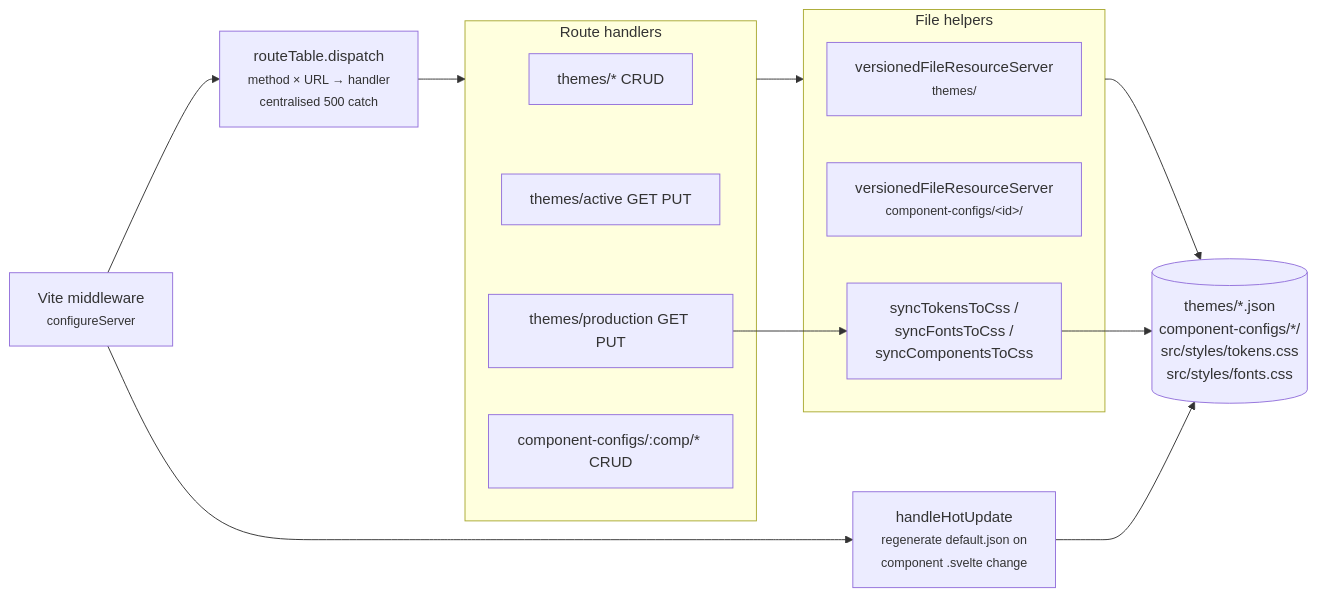
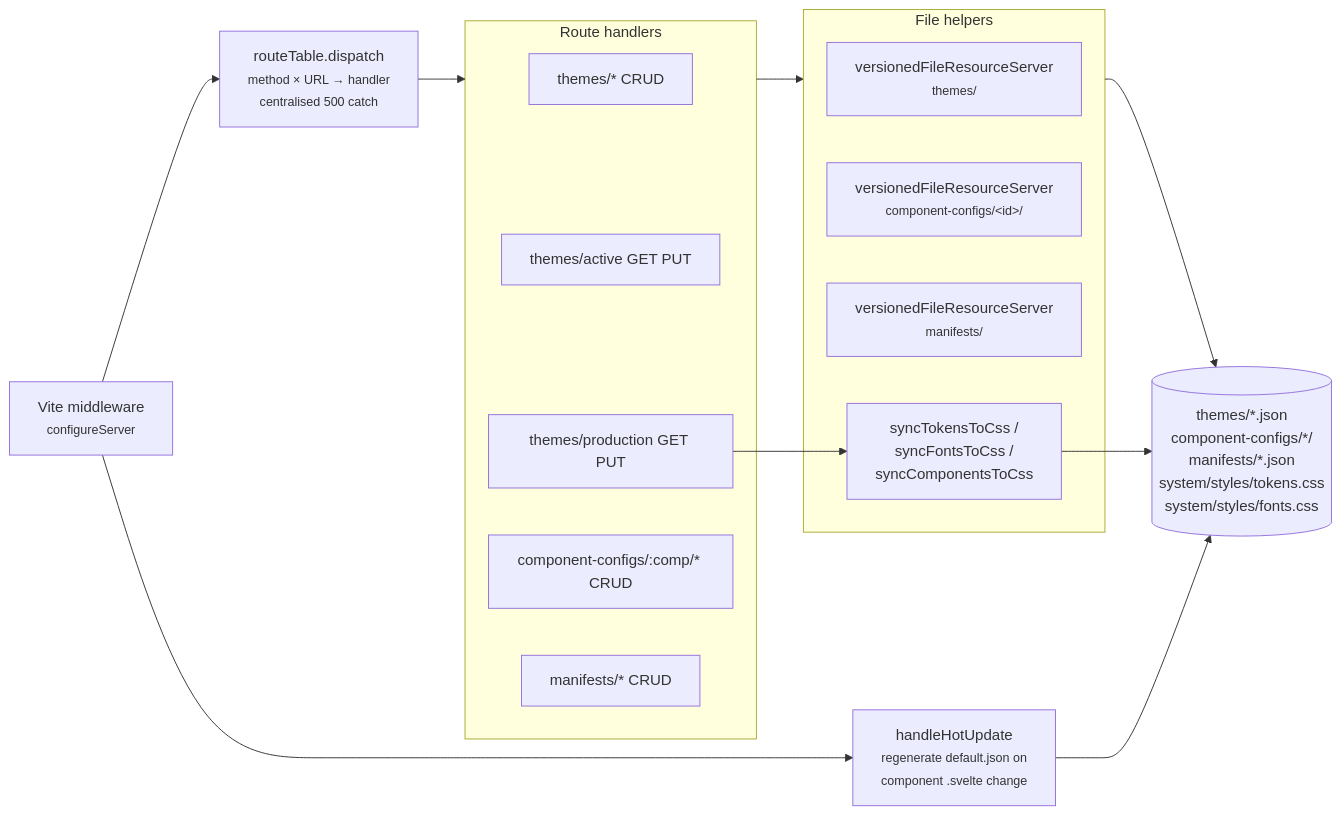
The sixth of 6 diagrams in docs/02-architecture.md (motionproto/live-tokens), drawn with Mermaid before and after one commit. The commit also changed other lines of this file and 11 other files, not shown here.

````diff
--- a/docs/02-architecture.md
+++ b/docs/02-architecture.md
@@ -246,28 +252,30 @@
 ```mermaid
 flowchart LR
     Vite["Vite middleware<br/><small>configureServer</small>"]
     Dispatch["routeTable.dispatch<br/><small>method × URL → handler<br/>centralised 500 catch</small>"]
 
     subgraph Handlers["Route handlers"]
         Themes["themes/* CRUD"]
         Active["themes/active GET PUT"]
         Production["themes/production GET PUT"]
         Comps["component-configs/:comp/* CRUD"]
+        Manifests["manifests/* CRUD"]
     end
 
     subgraph Helpers["File helpers"]
         ThemeRes["versionedFileResourceServer<br/><small>themes/</small>"]
         CompRes["versionedFileResourceServer<br/><small>component-configs/&lt;id&gt;/</small>"]
+        ManRes["versionedFileResourceServer<br/><small>manifests/</small>"]
         Sync["syncTokensToCss /<br/>syncFontsToCss /<br/>syncComponentsToCss"]
     end
 
-    FS[("themes/*.json<br/>component-configs/*/<br/>src/styles/tokens.css<br/>src/styles/fonts.css")]
+    FS[("themes/*.json<br/>component-configs/*/<br/>manifests/*.json<br/>system/styles/tokens.css<br/>system/styles/fonts.css")]
     HotUpdate["handleHotUpdate<br/><small>regenerate default.json on<br/>component .svelte change</small>"]
 
     Vite --> Dispatch --> Handlers
     Handlers --> Helpers
     Helpers --> FS
     Production --> Sync
     Sync --> FS
     Vite --> HotUpdate --> FS
 ```
````
